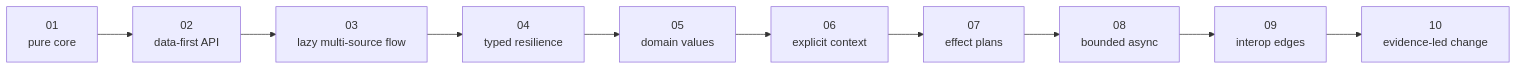
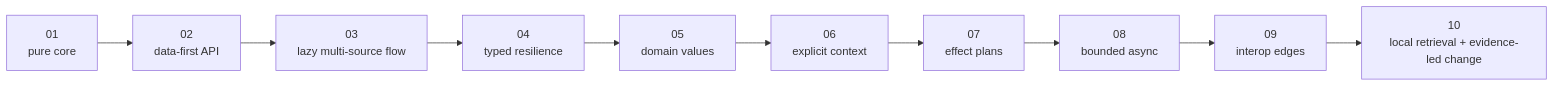
The diagram in programs/python-programming/python-functional-programming/course-book/capstone/capstone-map.md (bijux/bijux-masterclass), drawn with Mermaid before and after one commit. The commit also changed other lines of this file and 1 other file, not shown here.

Commit message:
docs(funcpipe-rag): map retrieval to the live endpoint

````diff
--- a/programs/python-programming/python-functional-programming/course-book/capstone/capstone-map.md
+++ b/programs/python-programming/python-functional-programming/course-book/capstone/capstone-map.md
@@ -20,16 +20,16 @@
 ```mermaid
 flowchart LR
   m01["01<br/>pure core"]
   m02["02<br/>data-first API"]
   m03["03<br/>lazy multi-source flow"]
   m04["04<br/>typed resilience"]
   m05["05<br/>domain values"]
   m06["06<br/>explicit context"]
   m07["07<br/>effect plans"]
   m08["08<br/>bounded async"]
   m09["09<br/>interop edges"]
-  m10["10<br/>evidence-led change"]
+  m10["10<br/>local retrieval + evidence-led change"]
 
   m01 --> m02 --> m03 --> m04 --> m05
   m05 --> m06 --> m07 --> m08 --> m09 --> m10
 ```
````
